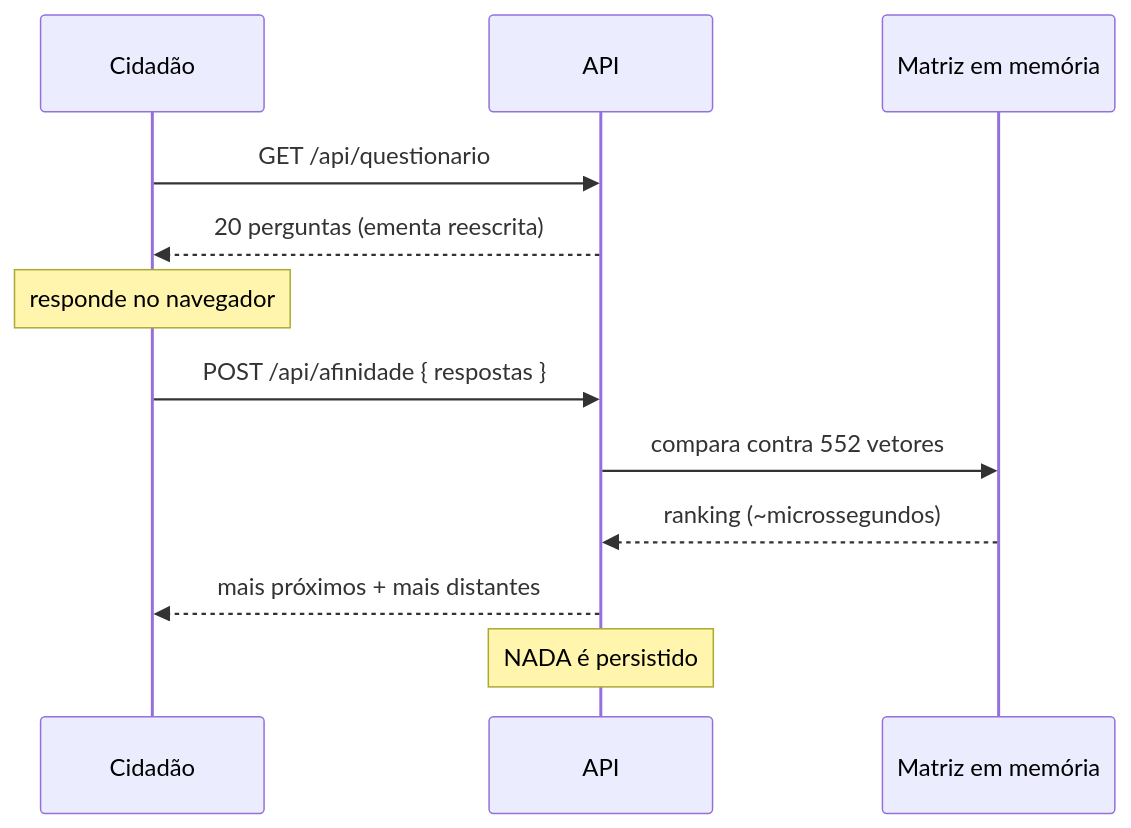
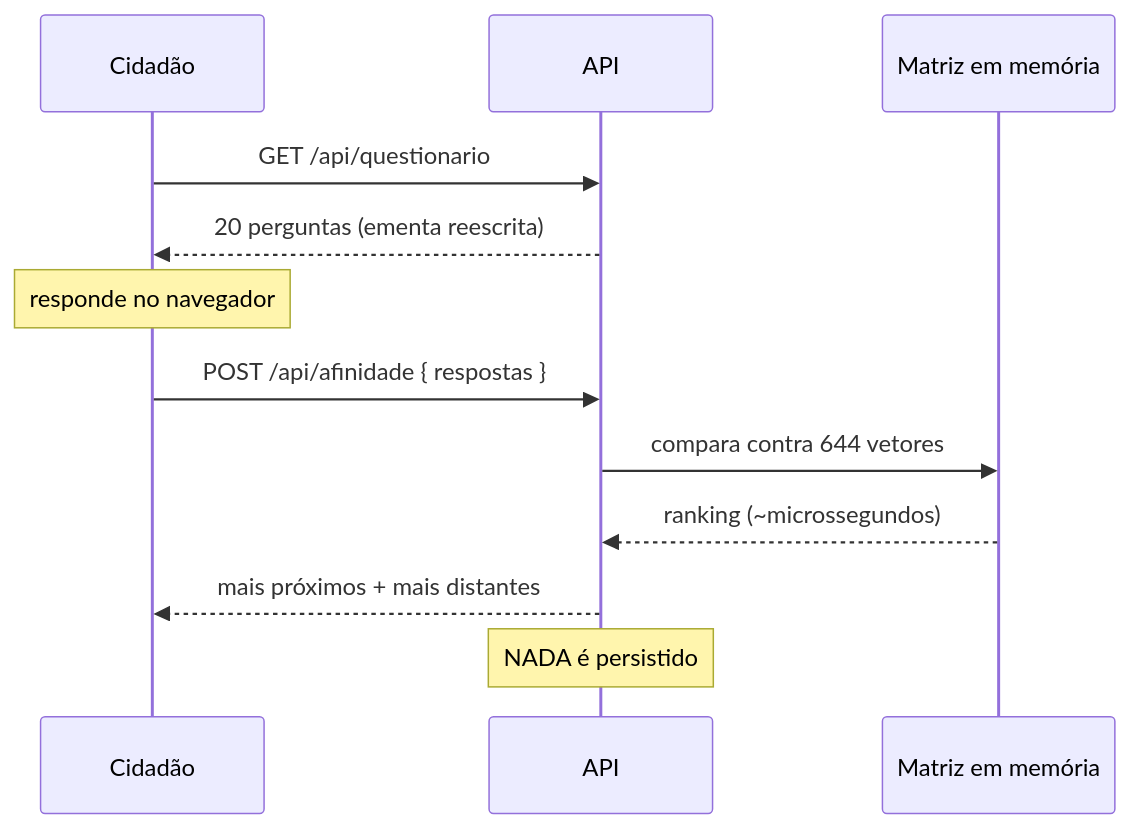
Before and after one commit to IgorLucasAssuncao/poligraph: the second of 2 diagrams in docs/arq/10-api-e-afinidade.md, drawn with Mermaid. The commit also changed other lines of this file and 3 other files, not shown here.

````diff
--- a/docs/arq/10-api-e-afinidade.md
+++ b/docs/arq/10-api-e-afinidade.md
@@ -136,15 +141,15 @@
 ```mermaid
 sequenceDiagram
     participant U as Cidadão
     participant API
     participant M as Matriz em memória
 
     U->>API: GET /api/questionario
     API-->>U: 20 perguntas (ementa reescrita)
     Note over U: responde no navegador
     U->>API: POST /api/afinidade { respostas }
-    API->>M: compara contra 552 vetores
+    API->>M: compara contra 644 vetores
     M-->>API: ranking (~microssegundos)
     API-->>U: mais próximos + mais distantes
     Note over API: NADA é persistido
 ```
````
